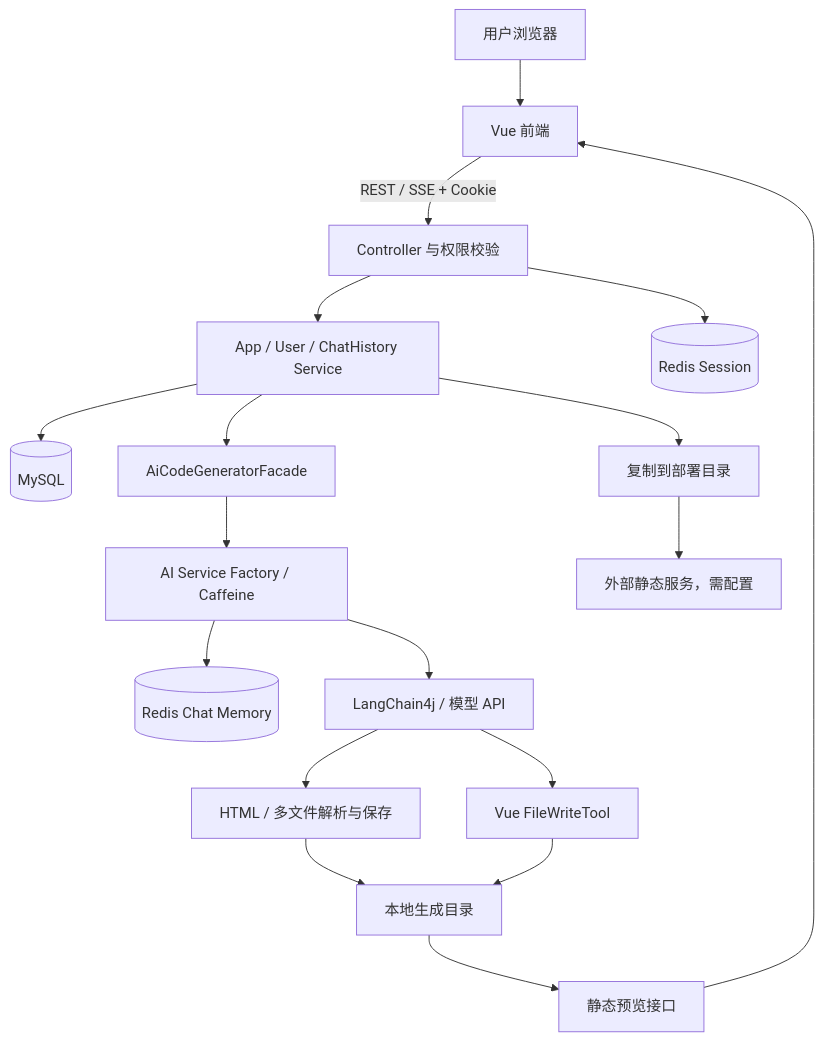
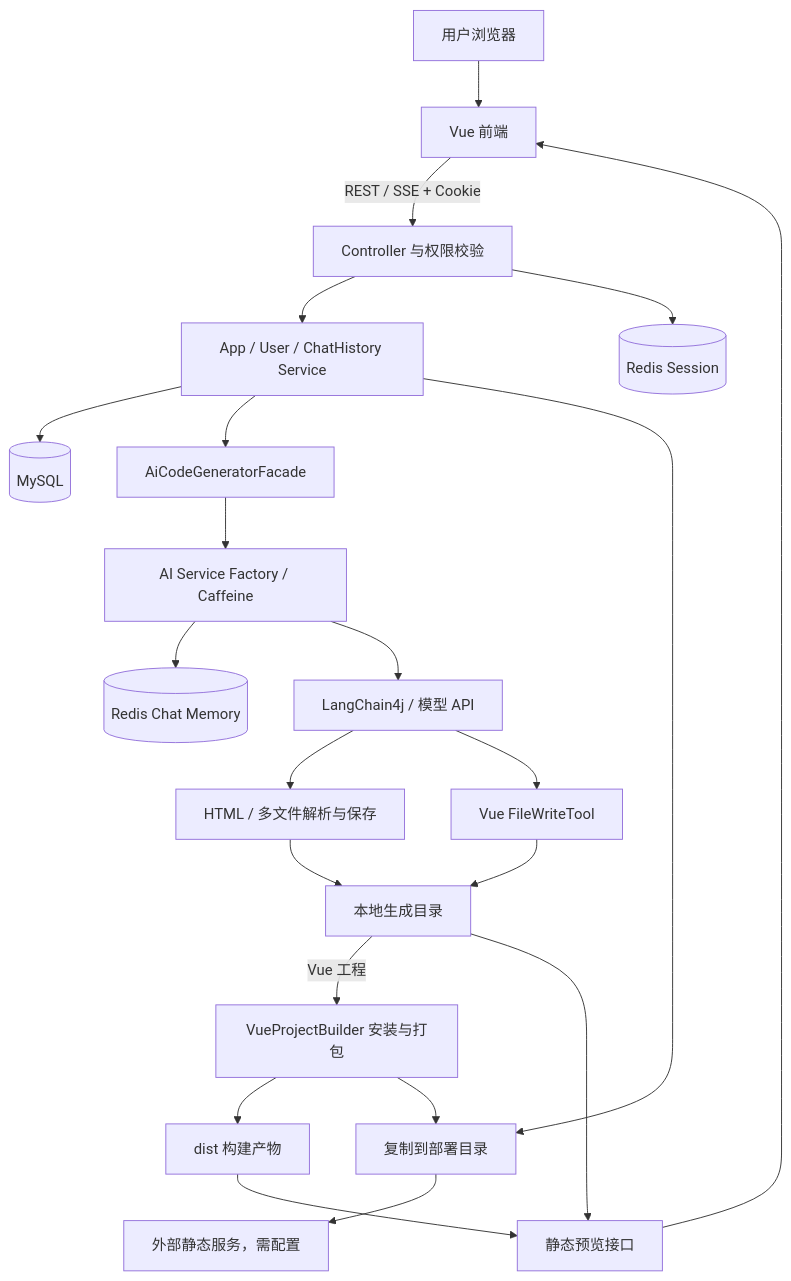
The first of 3 diagrams in docs/solution-design.md (qiuquanhui/hui-ai-code-mother), drawn with Mermaid before and after one commit. The commit also changed other lines of this file and 11 other files, not shown here.

````diff
--- a/docs/solution-design.md
+++ b/docs/solution-design.md
@@ -41,20 +41,24 @@
 ```mermaid
 flowchart TD
     U[用户浏览器] --> V[Vue 前端]
     V -->|REST / SSE + Cookie| C[Controller 与权限校验]
     C --> S[App / User / ChatHistory Service]
     S --> DB[(MySQL)]
     C --> SESSION[(Redis Session)]
     S --> F[AiCodeGeneratorFacade]
     F --> A[AI Service Factory / Caffeine]
     A --> M[(Redis Chat Memory)]
     A --> L[LangChain4j / 模型 API]
     L --> P[HTML / 多文件解析与保存]
     L --> T[Vue FileWriteTool]
     P --> FS[本地生成目录]
     T --> FS
+    FS -->|Vue 工程| BUILD[VueProjectBuilder 安装与打包]
+    BUILD --> DIST[dist 构建产物]
+    DIST --> PREVIEW
     FS --> PREVIEW[静态预览接口]
     PREVIEW --> V
     S --> DEPLOY[复制到部署目录]
+    BUILD --> DEPLOY
     DEPLOY --> HOST[外部静态服务，需配置]
 ```
````
